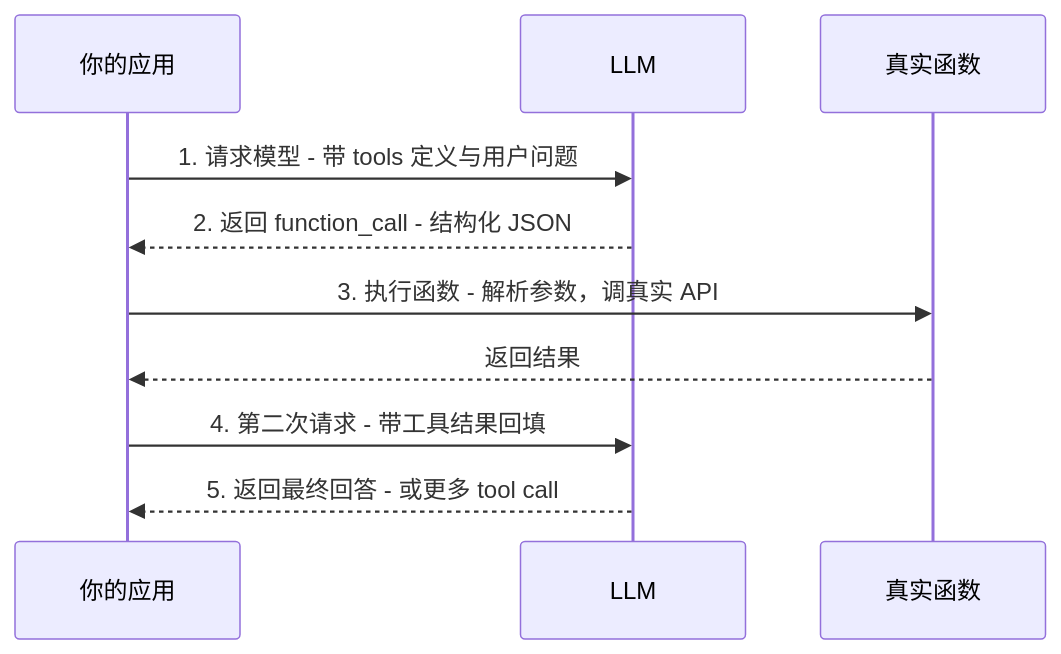
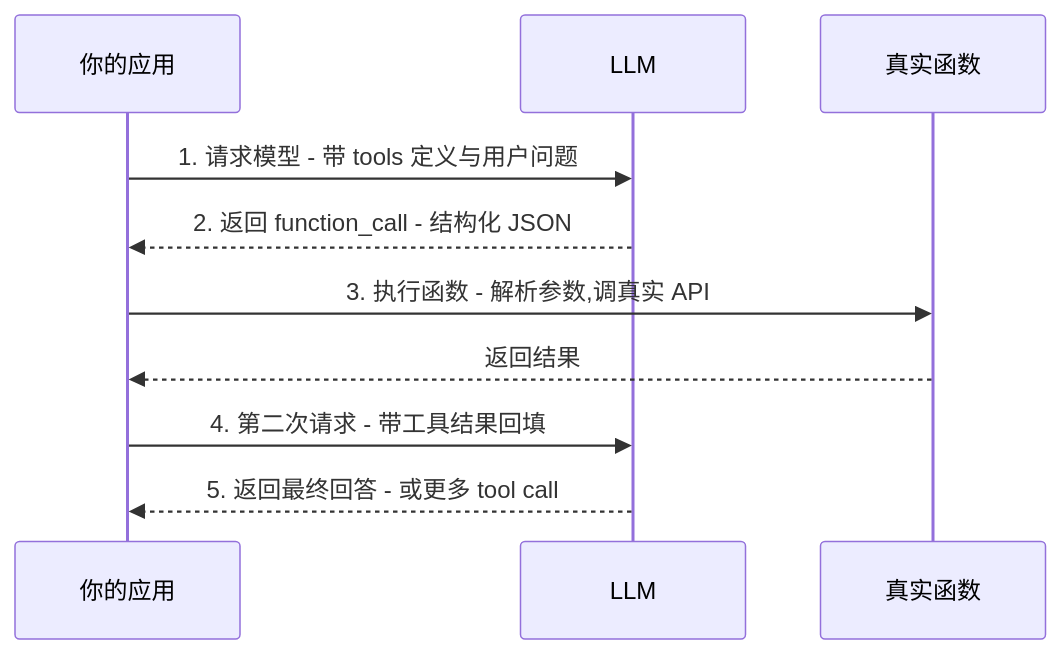
One commit to xiaobo1997/programmer-knowledge-graph changed the second of 2 diagrams in docs/ai/入门层/从零开始认识AI系列/5_Agent怎么动手.md. Above: the diagram before and after it, drawn with Mermaid. The commit also changed other lines of this file and 217 other files, not shown here.

````diff
--- a/docs/ai/入门层/从零开始认识AI系列/5_Agent怎么动手.md
+++ b/docs/ai/入门层/从零开始认识AI系列/5_Agent怎么动手.md
@@ -130,13 +134,13 @@
 ```mermaid
 sequenceDiagram
     participant App as 你的应用
     participant Model as LLM
     participant Func as 真实函数
 
     App->>Model: 1. 请求模型 - 带 tools 定义与用户问题
     Model-->>App: 2. 返回 function_call - 结构化 JSON
-    App->>Func: 3. 执行函数 - 解析参数，调真实 API
+    App->>Func: 3. 执行函数 - 解析参数,调真实 API
     Func-->>App: 返回结果
     App->>Model: 4. 第二次请求 - 带工具结果回填
     Model-->>App: 5. 返回最终回答 - 或更多 tool call
 ```
````
